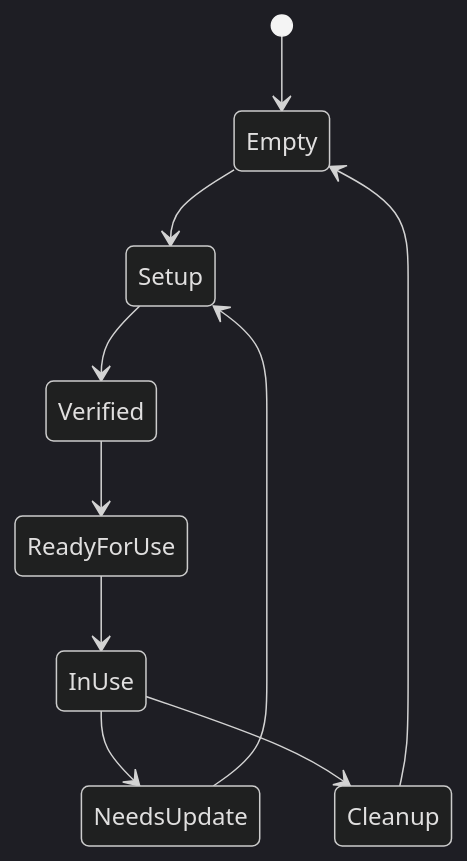
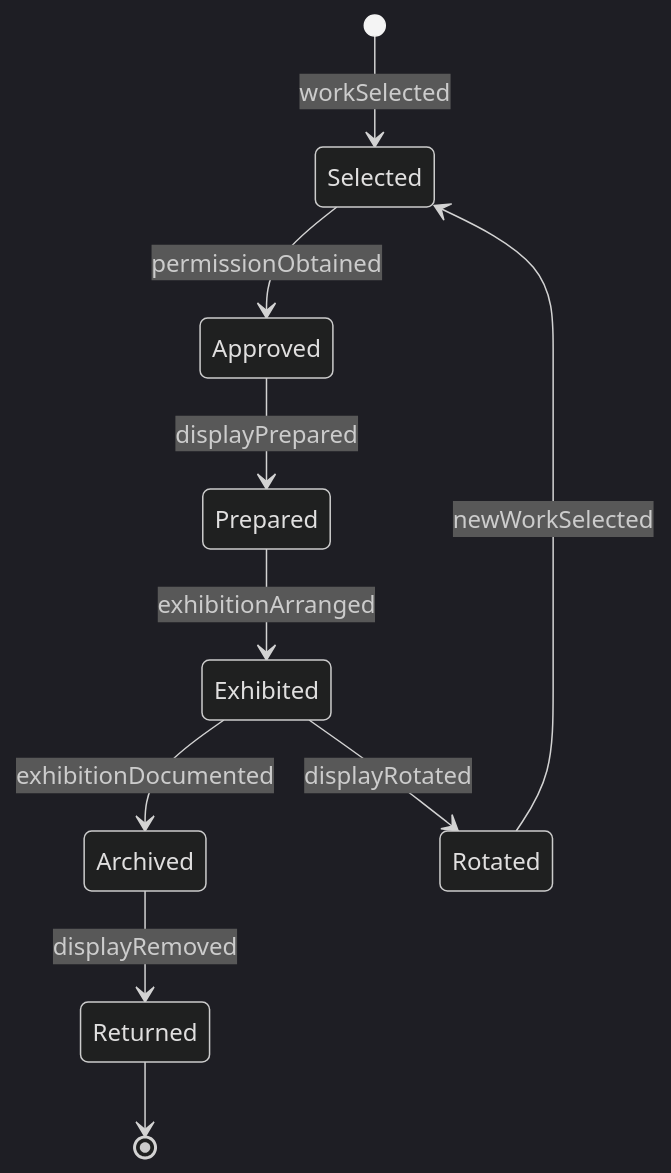
The second of 4 diagrams in HandlingAndMovingObjects/SetUpClassroomsFacilitiesEducationalMaterialsOrEquipment/DisplayStudentWork.mdx (dot-org-ai/tasks.org.ai), drawn with Mermaid (dark theme) before and after one commit. The commit also changed other lines of this file and 515 other files, not shown here.

````diff
--- a/HandlingAndMovingObjects/SetUpClassroomsFacilitiesEducationalMaterialsOrEquipment/DisplayStudentWork.mdx
+++ b/HandlingAndMovingObjects/SetUpClassroomsFacilitiesEducationalMaterialsOrEquipment/DisplayStudentWork.mdx
@@ -98,12 +98,12 @@
 ```mermaid
 stateDiagram-v2
-    [*] --> Empty
-    Empty --> Setup
-    Setup --> Verified
-    Verified --> ReadyForUse
-    ReadyForUse --> InUse
-    InUse --> NeedsUpdate
-    NeedsUpdate --> Setup
-    InUse --> Cleanup
-    Cleanup --> Empty
+    [*] --> Selected : workSelected
+    Selected --> Approved : permissionObtained
+    Approved --> Prepared : displayPrepared
+    Prepared --> Exhibited : exhibitionArranged
+    Exhibited --> Archived : exhibitionDocumented
+    Exhibited --> Rotated : displayRotated
+    Rotated --> Selected : newWorkSelected
+    Archived --> Returned : displayRemoved
+    Returned --> [*]
 ```
````
